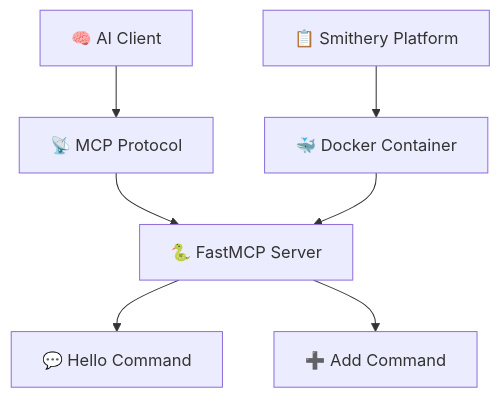
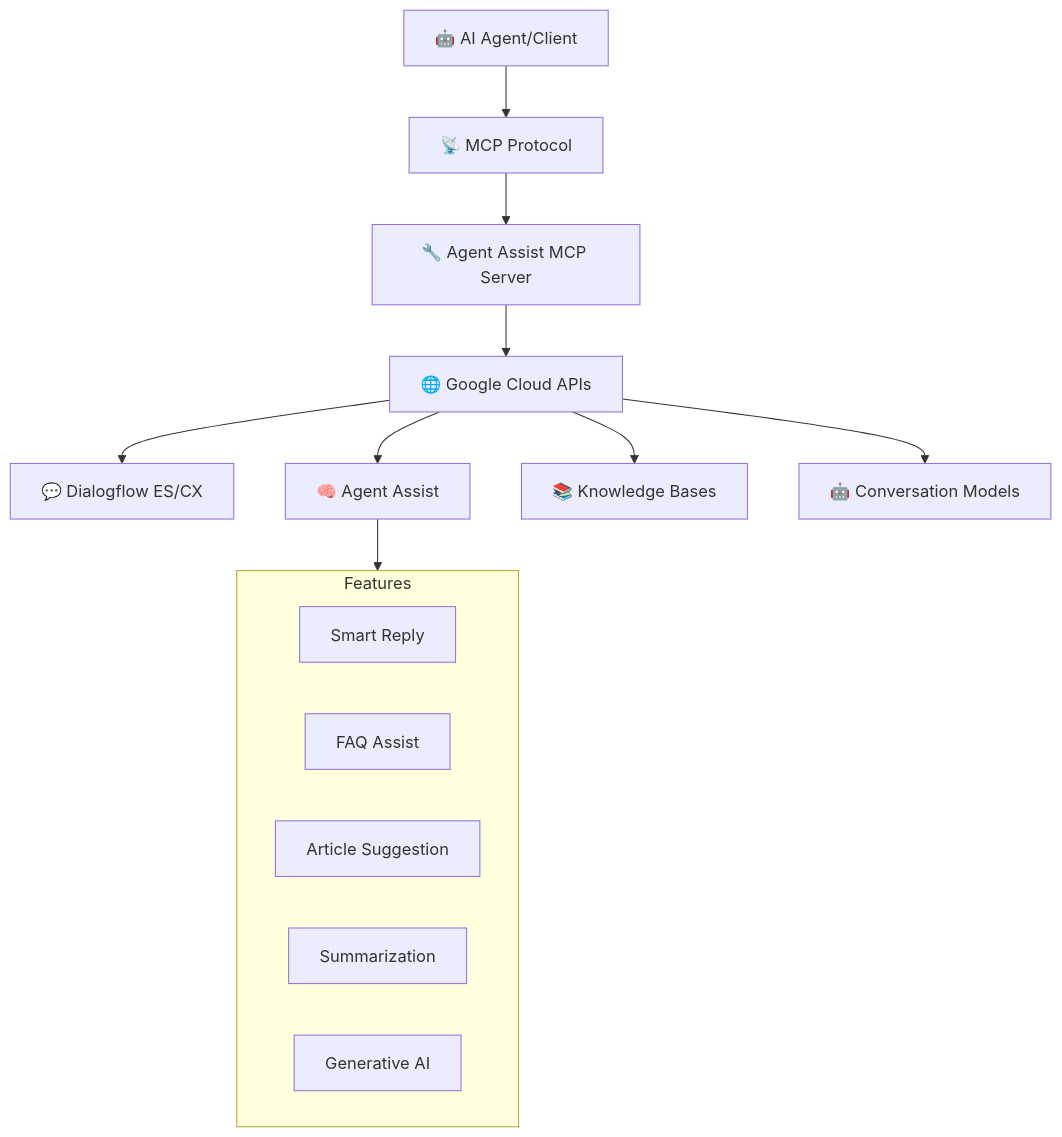
One commit to Yash-Kavaiya/mcp-agent-assist changed the diagram in README.md. Above: the diagram before and after it, drawn with Mermaid. The commit also changed other lines of this file, not shown here.

````diff
--- a/README.md
+++ b/README.md
@@ -24,9 +80,20 @@
 ```mermaid
 graph TB
-    A[🧠 AI Client] --> B[📡 MCP Protocol]
-    B --> C[🐍 FastMCP Server]
-    C --> D[💬 Hello Command]
-    C --> E[➕ Add Command]
-    F[🐳 Docker Container] --> C
-    G[📋 Smithery Platform] --> F
+    A[🤖 AI Agent/Client] --> B[📡 MCP Protocol]
+    B --> C[🔧 Agent Assist MCP Server]
+    C --> D[🌐 Google Cloud APIs]
+    D --> E[💬 Dialogflow ES/CX]
+    D --> F[🧠 Agent Assist]
+    D --> G[📚 Knowledge Bases]
+    D --> H[🤖 Conversation Models]
+    
+    subgraph Features
+        I[Smart Reply]
+        J[FAQ Assist]
+        K[Article Suggestion]
+        L[Summarization]
+        M[Generative AI]
+    end
+    
+    F --> Features
 ```
````
